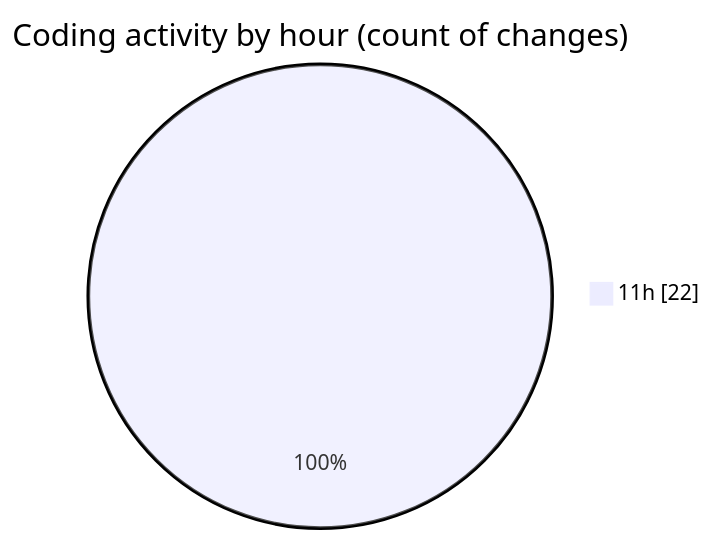
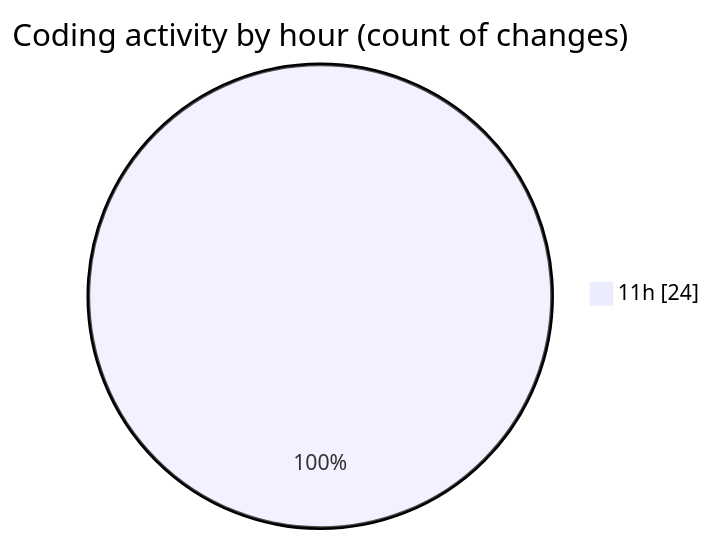
Before and after one commit to Ritupan-Deka/code-tracking: the second of 2 diagrams in 2025-07-10/urlwebwala_intership_work/README.md, drawn with Mermaid. The commit also changed other lines of this file and 1 other file, not shown here.

````diff
--- a/2025-07-10/urlwebwala_intership_work/README.md
+++ b/2025-07-10/urlwebwala_intership_work/README.md
@@ -30,5 +30,5 @@
 ```mermaid
 pie showData
 title Coding activity by hour (count of changes)
-"11h" : 22
+"11h" : 24
 ```
````
